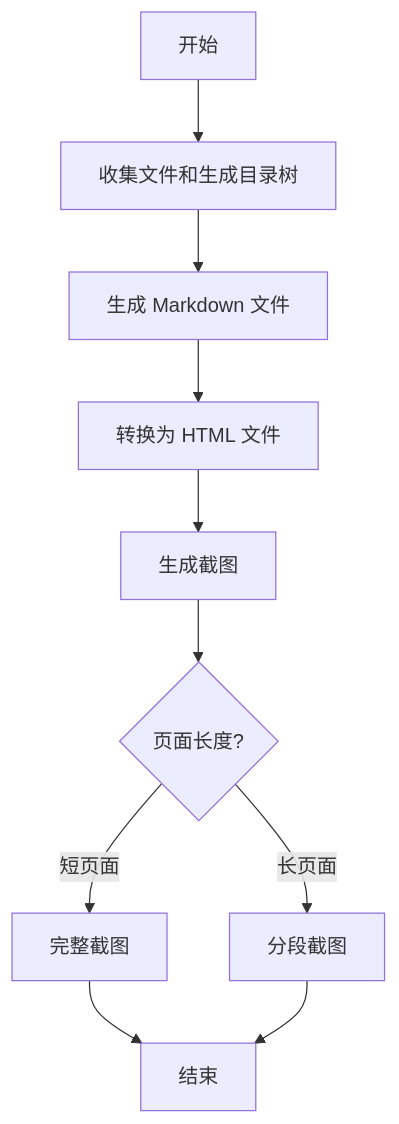
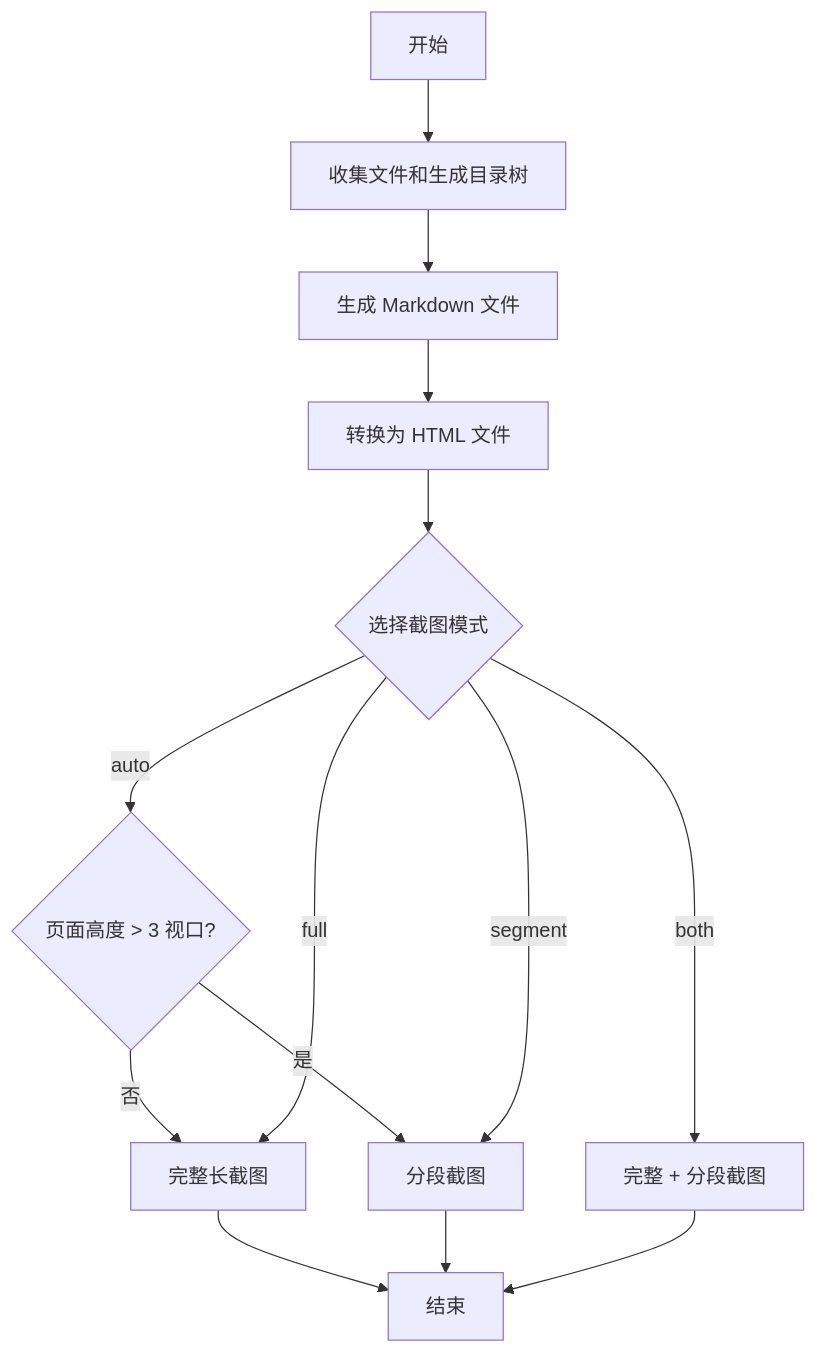
One commit to qw2261/soulmarker changed the diagram in packager/intro.md. Above: the diagram before and after it, drawn with Mermaid. The commit also changed other lines of this file and 14 other files, not shown here.

Commit message:
feat: SQLite 持久化 + 代码结构重构 + packager 截图模式增强

````diff
--- a/packager/intro.md
+++ b/packager/intro.md
@@ -88,12 +87,16 @@
 ```mermaid
 graph TD
     Start["开始"] --> Collect["收集文件和生成目录树"]
     Collect --> GenerateMD["生成 Markdown 文件"]
     GenerateMD --> ConvertHTML["转换为 HTML 文件"]
-    ConvertHTML --> Screenshot["生成截图"]
-    Screenshot --> CheckLength{"页面长度?"}
-    CheckLength -->|短页面| FullScreenshot["完整截图"]
-    CheckLength -->|长页面| SegmentScreenshot["分段截图"]
-    FullScreenshot --> End["结束"]
-    SegmentScreenshot --> End
+    ConvertHTML --> ChooseMode{"选择截图模式"}
+    ChooseMode -->|auto| AutoJudge{"页面高度 > 3 视口?"}
+    AutoJudge -->|否| Full["完整长截图"]
+    AutoJudge -->|是| Segment["分段截图"]
+    ChooseMode -->|full| Full
+    ChooseMode -->|segment| Segment
+    ChooseMode -->|both| Both["完整 + 分段截图"]
+    Full --> End["结束"]
+    Segment --> End
+    Both --> End
 ```
````
